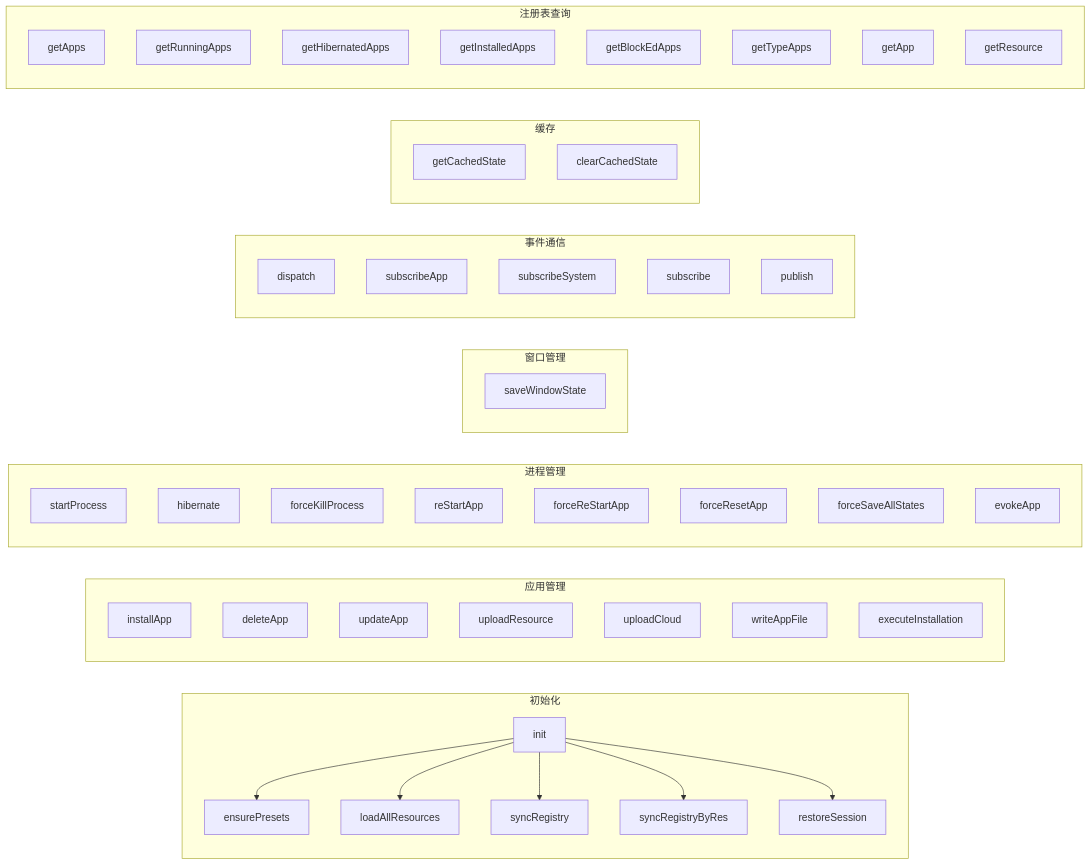
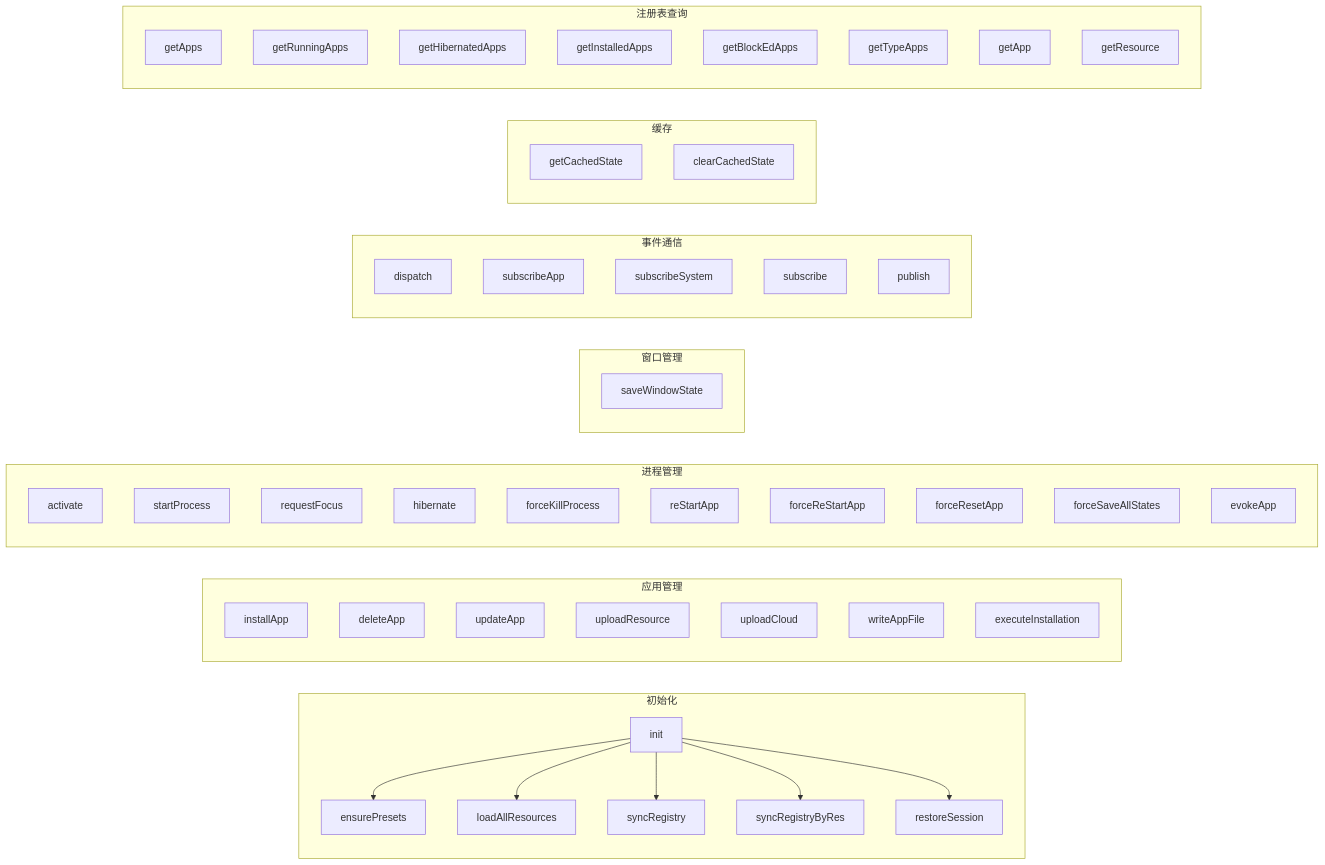
Before and after one commit to suluwanqing/sukinOS: the second of 14 diagrams in docs/module/04-process-kernel.md, drawn with Mermaid. The commit also changed other lines of this file and 104 other files, not shown here.

````diff
--- a/docs/module/04-process-kernel.md
+++ b/docs/module/04-process-kernel.md
@@ -117,60 +117,62 @@
 ```mermaid
 graph LR
     subgraph 初始化
         init --> ensurePresets
         init --> loadAllResources
         init --> syncRegistry
         init --> syncRegistryByRes
         init --> restoreSession
     end
 
     subgraph 应用管理
         installApp
         deleteApp
         updateApp
         uploadResource
         uploadCloud
         writeAppFile
         executeInstallation
     end
 
     subgraph 进程管理
+        activate
         startProcess
+        requestFocus
         hibernate
         forceKillProcess
         reStartApp
         forceReStartApp
         forceResetApp
         forceSaveAllStates
         restoreSession
         evokeApp
     end
 
     subgraph 窗口管理
         saveWindowState
     end
 
     subgraph 事件通信
         dispatch
         subscribeApp
         subscribeSystem
         subscribe
         publish
     end
 
     subgraph 缓存
         getCachedState
         clearCachedState
     end
 
     subgraph 注册表查询
         getApps
         getRunningApps
         getHibernatedApps
         getInstalledApps
         getBlockEdApps
         getTypeApps
         getApp
         getResource
     end
 ```
````
